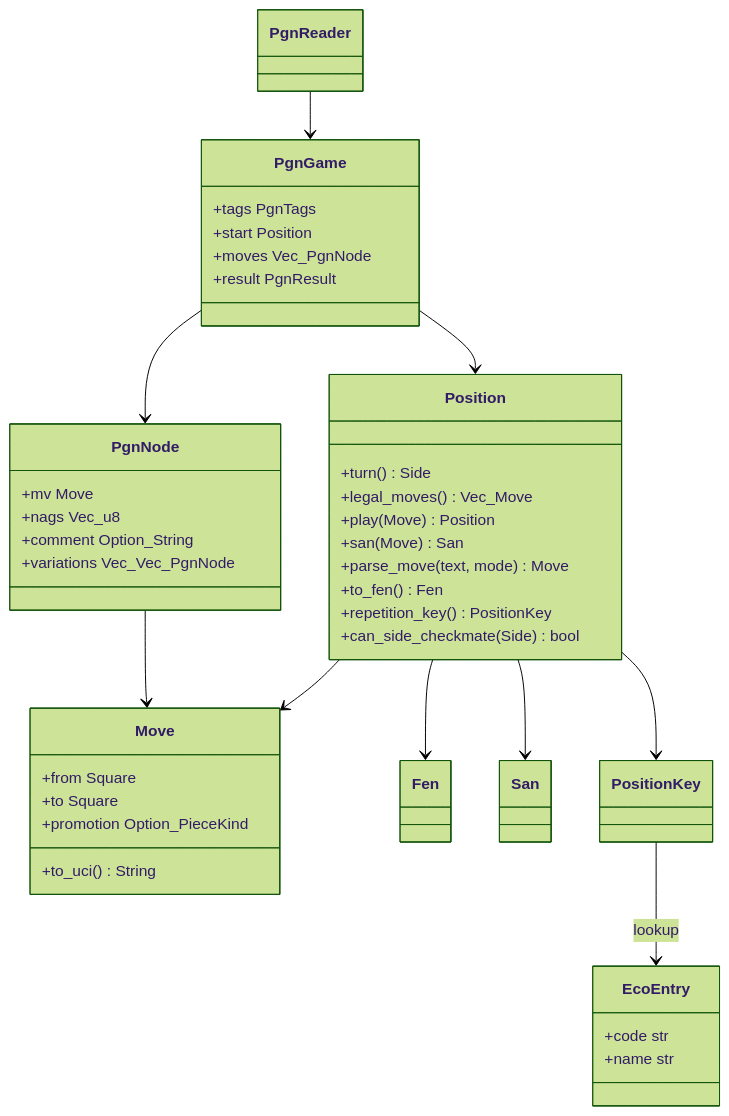
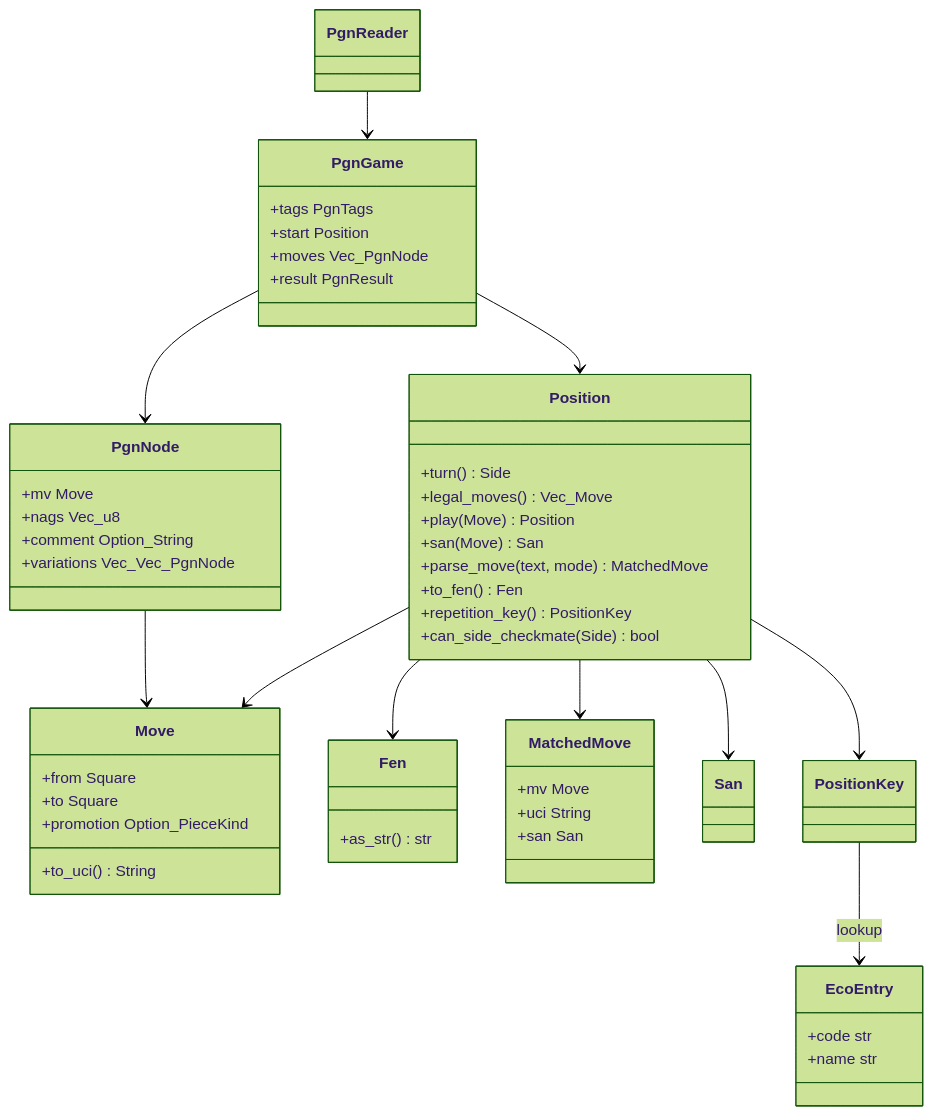
The third of 7 diagrams in docs/design/SDD-chess-rules.md (bprascher/chess), drawn with Mermaid (forest theme) before and after one commit. The commit also changed other lines of this file and 17 other files, not shown here.

First line of the commit message:
Apply architecture addendum B and C to the SDDs and add the v0.4 consistency pass

````diff
--- a/docs/design/SDD-chess-rules.md
+++ b/docs/design/SDD-chess-rules.md
@@ -179,48 +192,56 @@
 ```mermaid
 classDiagram
     class Position {
       +turn() Side
       +legal_moves() Vec_Move
       +play(Move) Position
       +san(Move) San
-      +parse_move(text, mode) Move
+      +parse_move(text, mode) MatchedMove
       +to_fen() Fen
       +repetition_key() PositionKey
       +can_side_checkmate(Side) bool
     }
     class Move {
       +from Square
       +to Square
       +promotion Option_PieceKind
       +to_uci() String
     }
-    class Fen
+    class Fen {
+      +as_str() str
+    }
+    class MatchedMove {
+      +mv Move
+      +uci String
+      +san San
+    }
     class San
     class PositionKey
     class PgnGame {
       +tags PgnTags
       +start Position
       +moves Vec_PgnNode
       +result PgnResult
     }
     class PgnNode {
       +mv Move
       +nags Vec_u8
       +comment Option_String
       +variations Vec_Vec_PgnNode
     }
     class PgnReader
     class EcoEntry {
       +code str
       +name str
     }
     Position --> Move
+    Position --> MatchedMove
     Position --> Fen
     Position --> San
     Position --> PositionKey
     PgnGame --> Position
     PgnGame --> PgnNode
     PgnNode --> Move
     PgnReader --> PgnGame
     PositionKey --> EcoEntry : lookup
 ```
````
